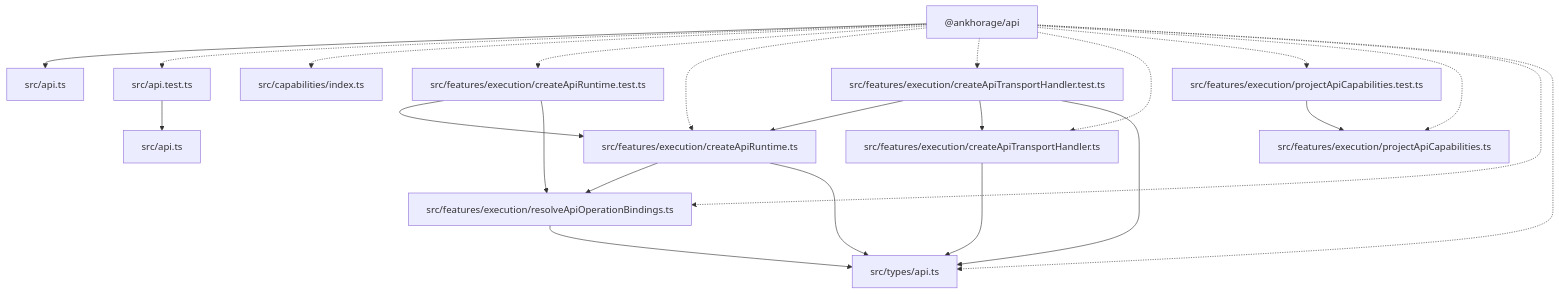
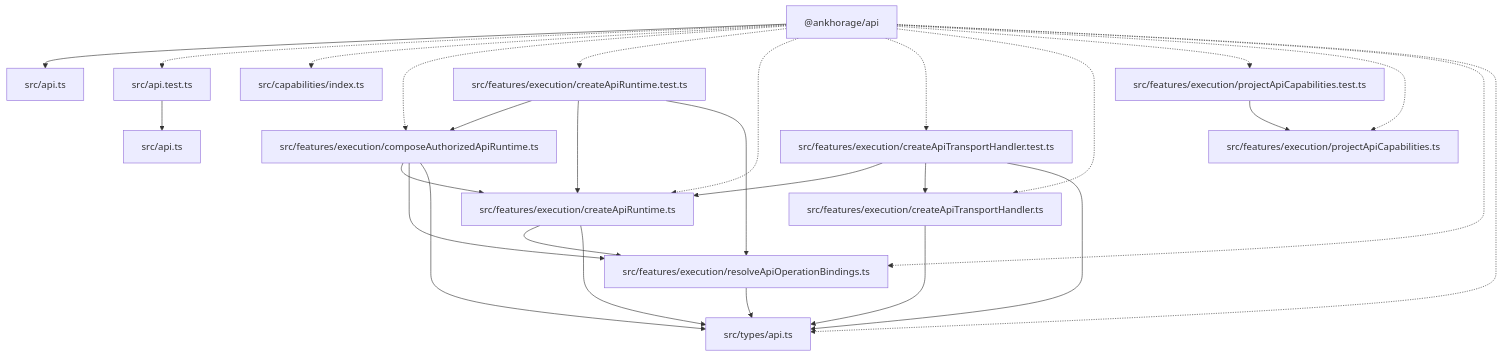
The diagram in paradox/diagrams/architecture-overview.mmd (ankhorage/api), drawn with Mermaid before and after one commit. The commit also changed 12 other files, not shown here.

```diff
--- a/paradox/diagrams/architecture-overview.mmd
+++ b/paradox/diagrams/architecture-overview.mmd
@@ -1,36 +1,42 @@
 graph TD
   package__ankhorage_api["@ankhorage/api"]
   entrypoint_src_api_ts["src/api.ts"]
   package__ankhorage_api --> entrypoint_src_api_ts
   module_src_api_test_ts["src/api.test.ts"]
   package__ankhorage_api -.-> module_src_api_test_ts
   module_src_api_test_ts --> module_src_api_ts
   module_src_api_ts["src/api.ts"]
   module_src_capabilities_index_ts["src/capabilities/index.ts"]
   package__ankhorage_api -.-> module_src_capabilities_index_ts
+  module_src_features_execution_composeAuthorizedApiRuntime_ts["src/features/execution/composeAuthorizedApiRuntime.ts"]
+  package__ankhorage_api -.-> module_src_features_execution_composeAuthorizedApiRuntime_ts
+  module_src_features_execution_composeAuthorizedApiRuntime_ts --> module_src_features_execution_createApiRuntime_ts
+  module_src_features_execution_composeAuthorizedApiRuntime_ts --> module_src_features_execution_resolveApiOperationBindings_ts
+  module_src_features_execution_composeAuthorizedApiRuntime_ts --> module_src_types_api_ts
   module_src_features_execution_createApiRuntime_test_ts["src/features/execution/createApiRuntime.test.ts"]
   package__ankhorage_api -.-> module_src_features_execution_createApiRuntime_test_ts
+  module_src_features_execution_createApiRuntime_test_ts --> module_src_features_execution_composeAuthorizedApiRuntime_ts
   module_src_features_execution_createApiRuntime_test_ts --> module_src_features_execution_createApiRuntime_ts
   module_src_features_execution_createApiRuntime_test_ts --> module_src_features_execution_resolveApiOperationBindings_ts
   module_src_features_execution_createApiRuntime_ts["src/features/execution/createApiRuntime.ts"]
   package__ankhorage_api -.-> module_src_features_execution_createApiRuntime_ts
   module_src_features_execution_createApiRuntime_ts --> module_src_features_execution_resolveApiOperationBindings_ts
   module_src_features_execution_createApiRuntime_ts --> module_src_types_api_ts
   module_src_features_execution_createApiTransportHandler_test_ts["src/features/execution/createApiTransportHandler.test.ts"]
   package__ankhorage_api -.-> module_src_features_execution_createApiTransportHandler_test_ts
   module_src_features_execution_createApiTransportHandler_test_ts --> module_src_features_execution_createApiRuntime_ts
   module_src_features_execution_createApiTransportHandler_test_ts --> module_src_features_execution_createApiTransportHandler_ts
   module_src_features_execution_createApiTransportHandler_test_ts --> module_src_types_api_ts
   module_src_features_execution_createApiTransportHandler_ts["src/features/execution/createApiTransportHandler.ts"]
   package__ankhorage_api -.-> module_src_features_execution_createApiTransportHandler_ts
   module_src_features_execution_createApiTransportHandler_ts --> module_src_types_api_ts
   module_src_features_execution_projectApiCapabilities_test_ts["src/features/execution/projectApiCapabilities.test.ts"]
   package__ankhorage_api -.-> module_src_features_execution_projectApiCapabilities_test_ts
   module_src_features_execution_projectApiCapabilities_test_ts --> module_src_features_execution_projectApiCapabilities_ts
   module_src_features_execution_projectApiCapabilities_ts["src/features/execution/projectApiCapabilities.ts"]
   package__ankhorage_api -.-> module_src_features_execution_projectApiCapabilities_ts
   module_src_features_execution_resolveApiOperationBindings_ts["src/features/execution/resolveApiOperationBindings.ts"]
   package__ankhorage_api -.-> module_src_features_execution_resolveApiOperationBindings_ts
   module_src_features_execution_resolveApiOperationBindings_ts --> module_src_types_api_ts
   module_src_types_api_ts["src/types/api.ts"]
   package__ankhorage_api -.-> module_src_types_api_ts
```
